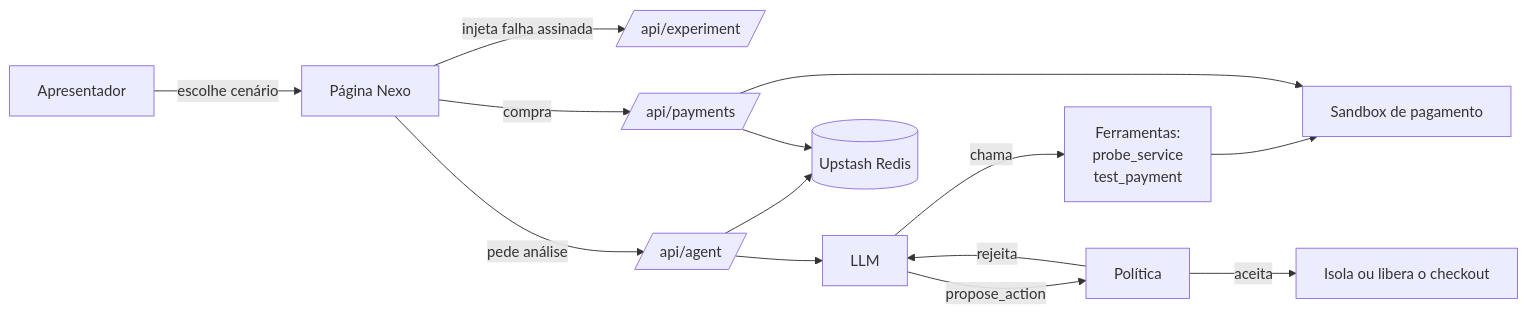
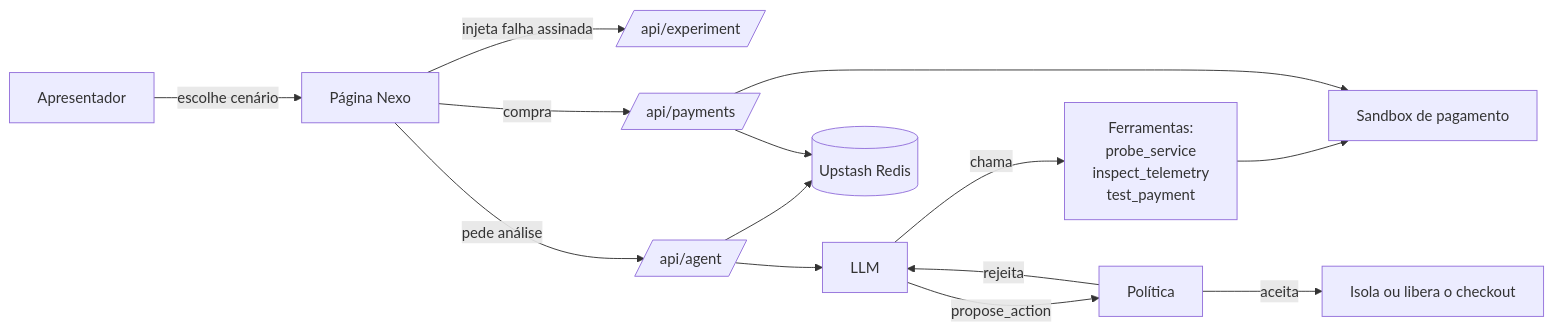
One commit to maththe/pesquisa_aplicada changed the diagram in docs/guia-do-projeto.md. Above: the diagram before and after it, drawn with Mermaid. The commit also changed other lines of this file and 19 other files, not shown here.

````diff
--- a/docs/guia-do-projeto.md
+++ b/docs/guia-do-projeto.md
@@ -27,16 +31,16 @@
 ```mermaid
 flowchart LR
   U[Apresentador] -->|escolhe cenário| P[Página Nexo]
   P -->|injeta falha assinada| E[/api/experiment/]
   P -->|pede análise| A[/api/agent/]
   A --> L[LLM]
-  L -->|chama| T[Ferramentas:<br/>probe_service<br/>test_payment]
+  L -->|chama| T[Ferramentas:<br/>probe_service<br/>inspect_telemetry<br/>test_payment]
   T --> S[Sandbox de pagamento]
   L -->|propose_action| Pol[Política]
   Pol -->|aceita| Ap[Isola ou libera o checkout]
   Pol -->|rejeita| L
   A --> Log[(Upstash Redis)]
   P -->|compra| Pay[/api/payments/]
   Pay --> S
   Pay --> Log
 ```
````
